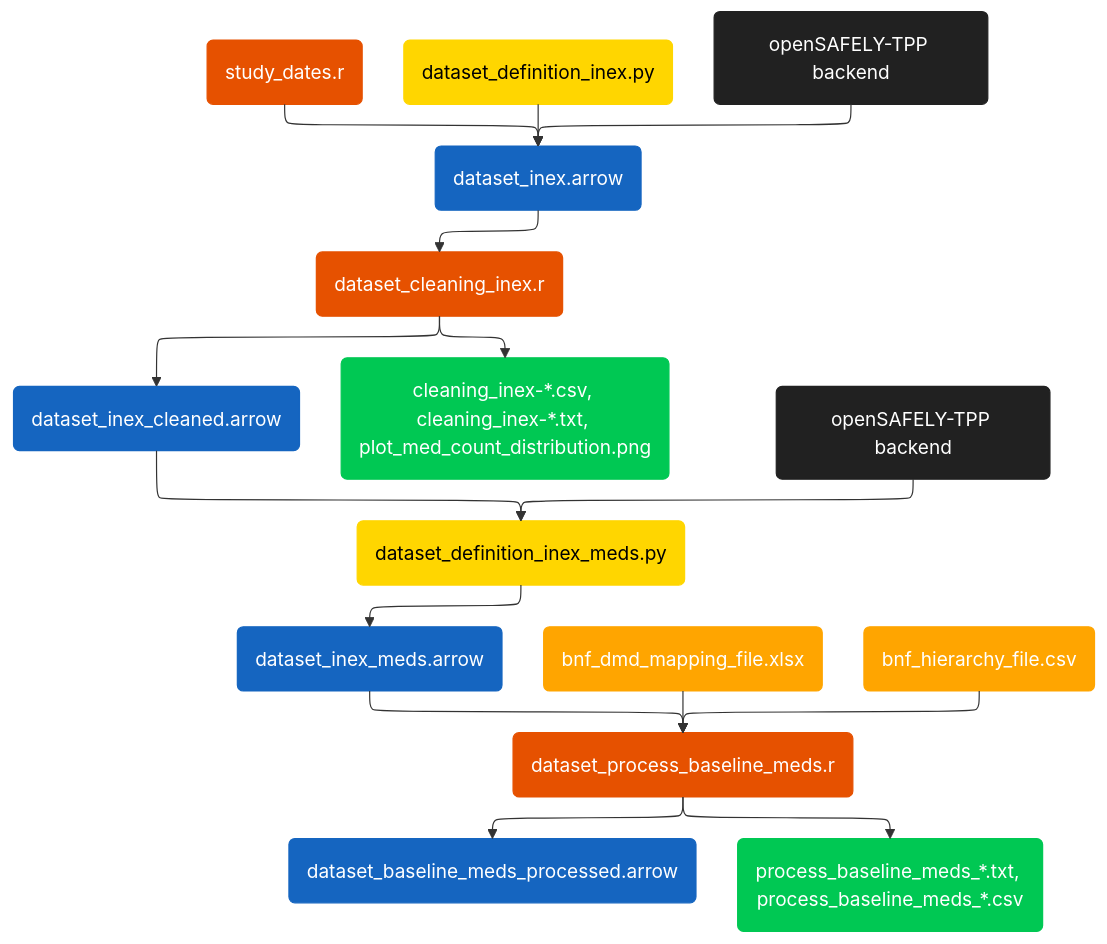
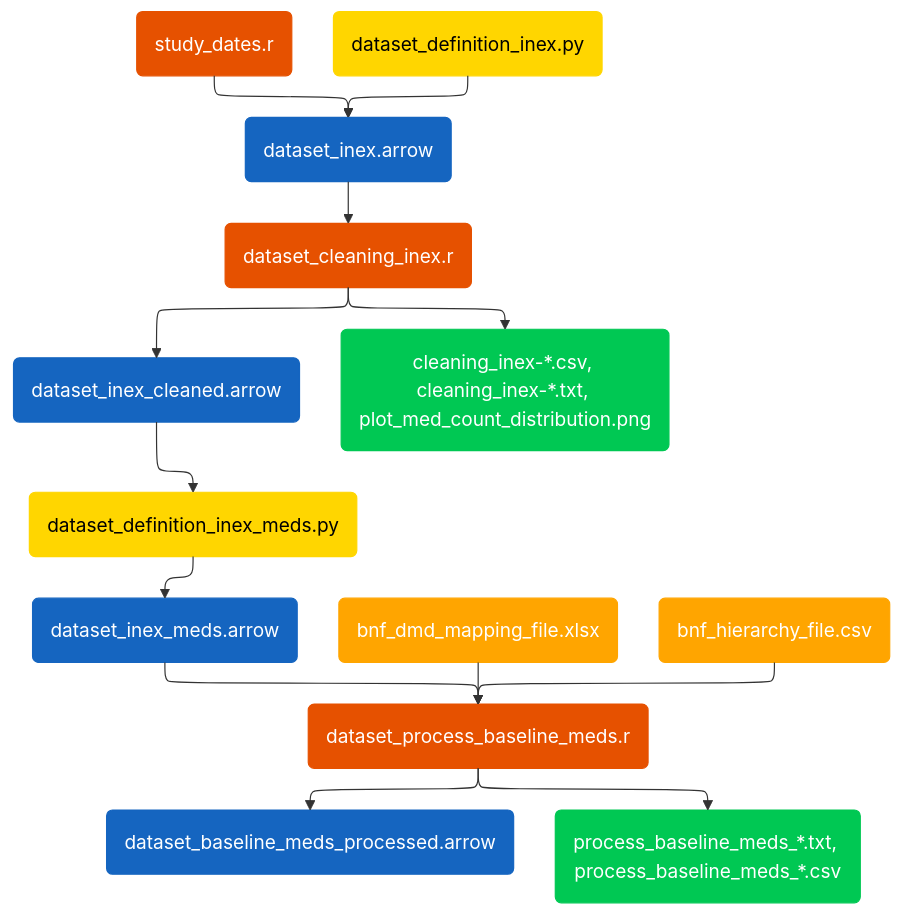
The diagram in docs/pipeline_diagram.mmd (matt-letts/ckd-deprescribing), drawn with Mermaid before and after one commit. The commit also changed 1 other file, not shown here.

Commit message:
PR fix: removed OpenSAFELY backend boxes from pipeline diagram

```diff
--- a/docs/pipeline_diagram.mmd
+++ b/docs/pipeline_diagram.mmd
@@ -1,44 +1,46 @@
 ---
 config:
   layout: elk
   elk:
     mergeEdges: true
     nodePlacementStrategy: LINEAR_SEGMENTS
 ---
 flowchart TD
     %% define nodes
     a1("study_dates.r"):::R
     a2("dataset_definition_inex.py"):::ehrql
-    p1("openSAFELY-TPP backend"):::openSAFELY
+    %% p1("openSAFELY-TPP backend"):::openSAFELY
     d1("dataset_inex.arrow"):::data
     a3("dataset_cleaning_inex.r"):::R
     d2("dataset_inex_cleaned.arrow"):::data
     o1("cleaning_inex-*.csv, cleaning_inex-*.txt, plot_med_count_distribution.png"):::output
     a4("dataset_definition_inex_meds.py"):::ehrql
-    p2("openSAFELY-TPP backend"):::openSAFELY
+    %% p2("openSAFELY-TPP backend"):::openSAFELY
     d3("dataset_inex_meds.arrow"):::data
     a5("dataset_process_baseline_meds.r"):::R
     e3("bnf_dmd_mapping_file.xlsx"):::external
     e4("bnf_hierarchy_file.csv"):::external
     d4("dataset_baseline_meds_processed.arrow"):::data
     o2("process_baseline_meds_*.txt, process_baseline_meds_*.csv"):::output
 
     %% a = analysis, d = data, o = output, p = patients, e = external file
     %% connect nodes
     
-    p1 & a1 & a2 --> d1
+    %% p1 & 
+    a1 & a2 --> d1
     d1 --> a3 --> o1 & d2
-    d2 & p2 --> a4 --> d3 
+    %% p2 &
+    d2 --> a4 --> d3 
     d3 & e3 & e4 --> a5
     a5 --> d4 & o2
 
     %% colour scheme
-    classDef openSAFELY color:#FFFFFF, fill:#212121, stroke:#212121
+    %% classDef openSAFELY color:#FFFFFF, fill:#212121, stroke:#212121
     classDef ehrql color:#000000, fill:#FFD600, stroke:#FFD600
     classDef R color:#FFFFFF, fill:#E65100, stroke:#E65100
     classDef data color:#FFFFFF, fill:#1565C0, stroke:#1565C0
     classDef output color:#FFFFFF, fill:#00C853, stroke:#00C853
     classDef external color:#FFFFFF, fill:#FFA500, stroke:#FFA500
 
 %% to render this type into powershell terminal
 %% mmdc -i docs/pipeline_diagram.mmd -o docs/pipeline_diagram.svg
```
